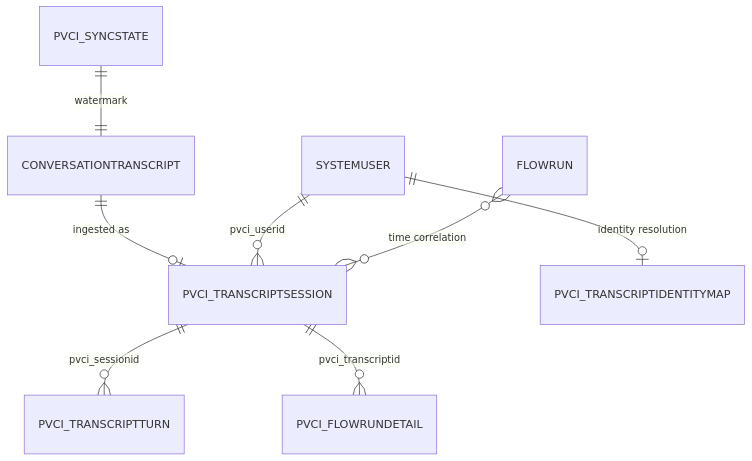
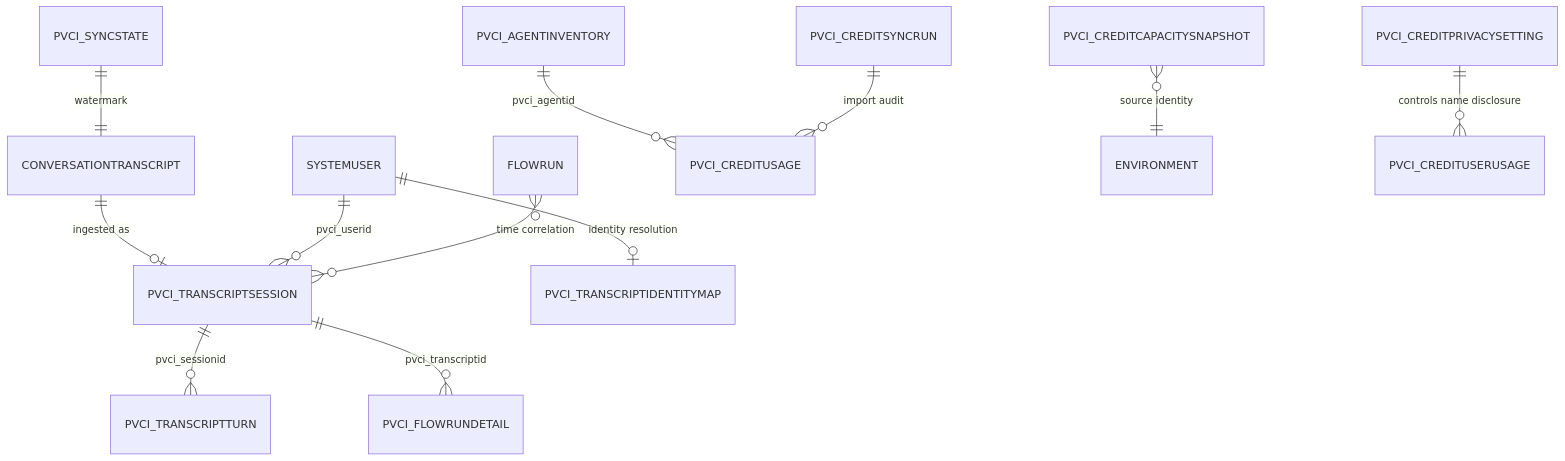
One commit to pavecer/mcs-transcript-analyzer changed the diagram in docs/data-model.md. Above: the diagram before and after it, drawn with Mermaid. The commit also changed other lines of this file and 245 other files, not shown here.

````diff
--- a/docs/data-model.md
+++ b/docs/data-model.md
@@ -9,10 +10,14 @@
 ```mermaid
 erDiagram
     CONVERSATIONTRANSCRIPT ||--o| PVCI_TRANSCRIPTSESSION : "ingested as"
     SYSTEMUSER ||--o{ PVCI_TRANSCRIPTSESSION : "pvci_userid"
     PVCI_TRANSCRIPTSESSION ||--o{ PVCI_TRANSCRIPTTURN : "pvci_sessionid"
     SYSTEMUSER ||--o| PVCI_TRANSCRIPTIDENTITYMAP : "identity resolution"
     FLOWRUN }o--o{ PVCI_TRANSCRIPTSESSION : "time correlation"
     PVCI_TRANSCRIPTSESSION ||--o{ PVCI_FLOWRUNDETAIL : "pvci_transcriptid"
     PVCI_SYNCSTATE ||--|| CONVERSATIONTRANSCRIPT : "watermark"
+    PVCI_AGENTINVENTORY ||--o{ PVCI_CREDITUSAGE : "pvci_agentid"
+    PVCI_CREDITCAPACITYSNAPSHOT }o--|| ENVIRONMENT : "source identity"
+    PVCI_CREDITSYNCRUN ||--o{ PVCI_CREDITUSAGE : "import audit"
+    PVCI_CREDITPRIVACYSETTING ||--o{ PVCI_CREDITUSERUSAGE : "controls name disclosure"
 ```
````
